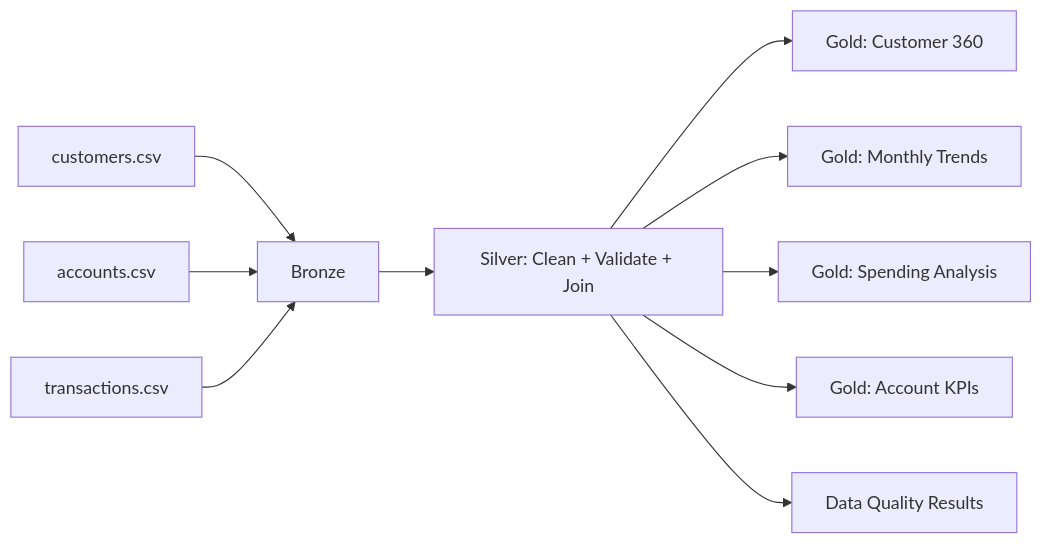
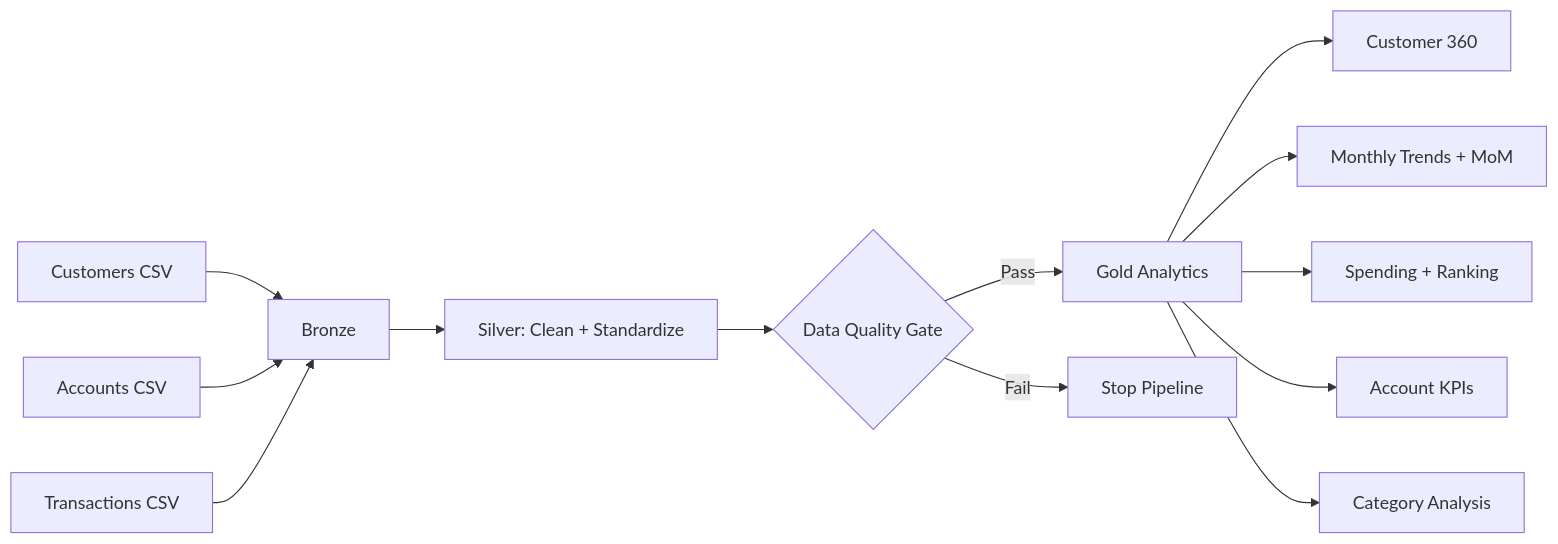
Before and after one commit to yogeshkulkarni11/banking-customer-transaction-analytics: the diagram in README.md, drawn with Mermaid. The commit also changed other lines of this file, not shown here.

Commit message:
Polish README with advanced analytics and quality coverage

````diff
--- a/README.md
+++ b/README.md
@@ -11,12 +11,15 @@
 ```mermaid
 flowchart LR
-    A[customers.csv] --> B[Bronze]
-    C[accounts.csv] --> B
-    D[transactions.csv] --> B
-    B --> E[Silver: Clean + Validate + Join]
-    E --> F[Gold: Customer 360]
-    E --> G[Gold: Monthly Trends]
-    E --> H[Gold: Spending Analysis]
-    E --> I[Gold: Account KPIs]
-    E --> J[Data Quality Results]
+    A[Customers CSV] --> B[Bronze]
+    C[Accounts CSV] --> B
+    D[Transactions CSV] --> B
+    B --> E[Silver: Clean + Standardize]
+    E --> Q{Data Quality Gate}
+    Q -->|Pass| F[Gold Analytics]
+    Q -->|Fail| X[Stop Pipeline]
+    F --> G[Customer 360]
+    F --> H[Monthly Trends + MoM]
+    F --> I[Spending + Ranking]
+    F --> J[Account KPIs]
+    F --> K[Category Analysis]
 ```
````
